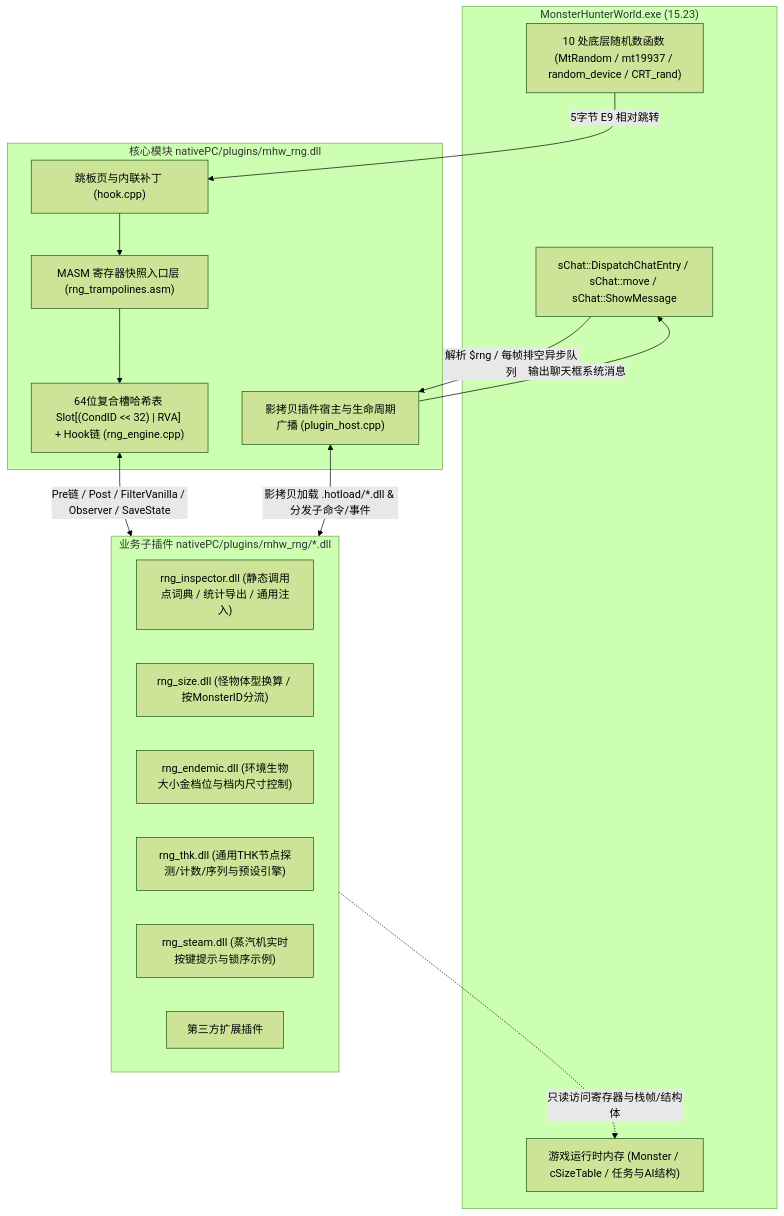
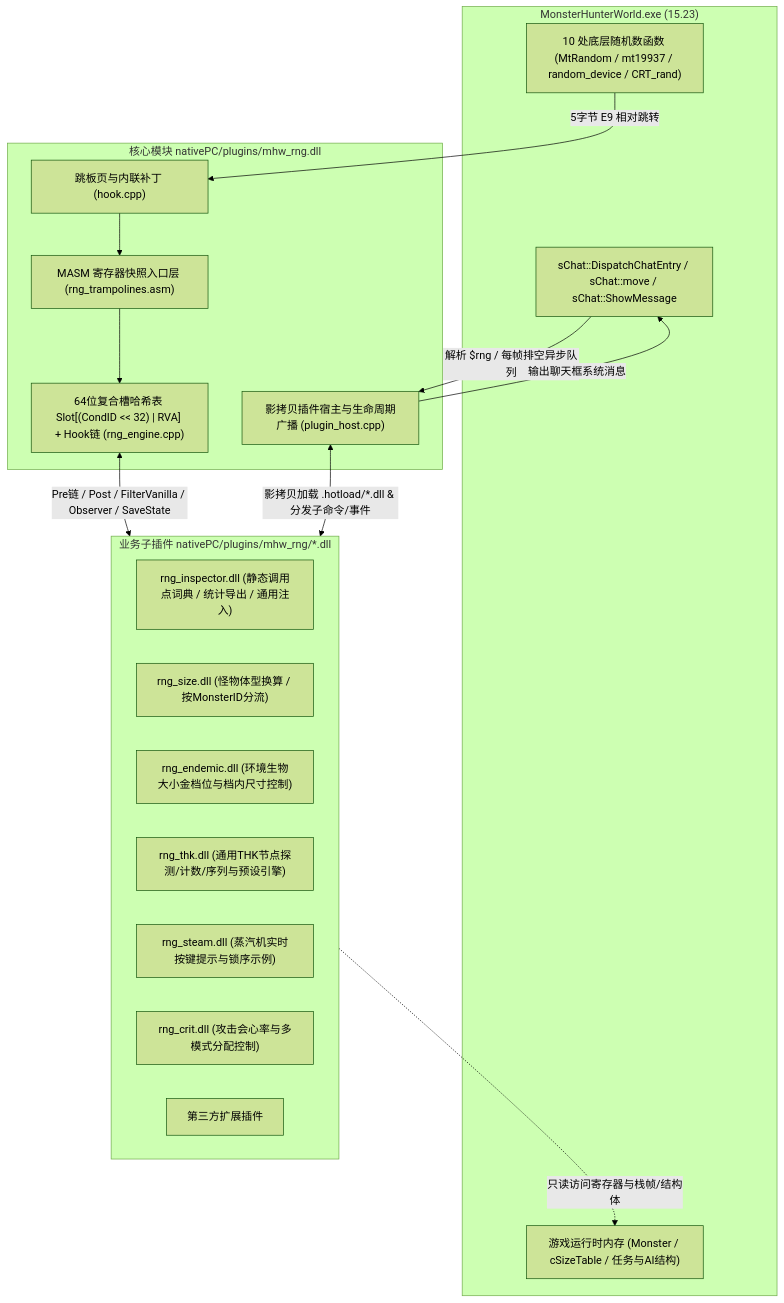
One commit to Miraboreasyu/mhw-rng changed the first of 2 diagrams in docs/ARCHITECTURE.md. Above: the diagram before and after it, drawn with Mermaid (forest theme). The commit also changed other lines of this file and 6 other files, not shown here.

Commit message:
feat(crit): add official rng_crit plugin submodule, tests, and docs

````diff
--- a/docs/ARCHITECTURE.md
+++ b/docs/ARCHITECTURE.md
@@ -13,31 +13,32 @@
 ```mermaid
 flowchart TD
     subgraph Game["MonsterHunterWorld.exe (15.23)"]
         PRNG["10 处底层随机数函数 (MtRandom / mt19937 / random_device / CRT_rand)"]
         Chat["sChat::DispatchChatEntry / sChat::move / sChat::ShowMessage"]
         GameMem["游戏运行时内存 (Monster / cSizeTable / 任务与AI结构)"]
     end
 
     subgraph Kernel["核心模块 nativePC/plugins/mhw_rng.dll"]
         Asm["MASM 寄存器快照入口层 (rng_trampolines.asm)"]
         Hooks["跳板页与内联补丁 (hook.cpp)"]
         Table["64位复合槽哈希表 Slot[(CondID << 32) | RVA] + Hook链 (rng_engine.cpp)"]
         Host["影拷贝插件宿主与生命周期广播 (plugin_host.cpp)"]
     end
 
     subgraph Plugins["业务子插件 nativePC/plugins/mhw_rng/*.dll"]
         Insp["rng_inspector.dll (静态调用点词典 / 统计导出 / 通用注入)"]
         Size["rng_size.dll (怪物体型换算 / 按MonsterID分流)"]
         Endemic["rng_endemic.dll (环境生物大小金档位与档内尺寸控制)"]
         Thk["rng_thk.dll (通用THK节点探测/计数/序列与预设引擎)"]
         Steam["rng_steam.dll (蒸汽机实时按键提示与锁序示例)"]
+        Crit["rng_crit.dll (攻击会心率与多模式分配控制)"]
         Custom["第三方扩展插件"]
     end
 
     PRNG -->|"5字节 E9 相对跳转"| Hooks --> Asm --> Table
     Chat -->|"解析 $rng / 每帧排空异步队列"| Host
     Host -->|"输出聊天框系统消息"| Chat
     Table <-->|"Pre链 / Post / FilterVanilla / Observer / SaveState"| Plugins
     Host <-->|"影拷贝加载 .hotload/*.dll & 分发子命令/事件"| Plugins
     Plugins -.->|"只读访问寄存器与栈帧/结构体"| GameMem
 ```
````
